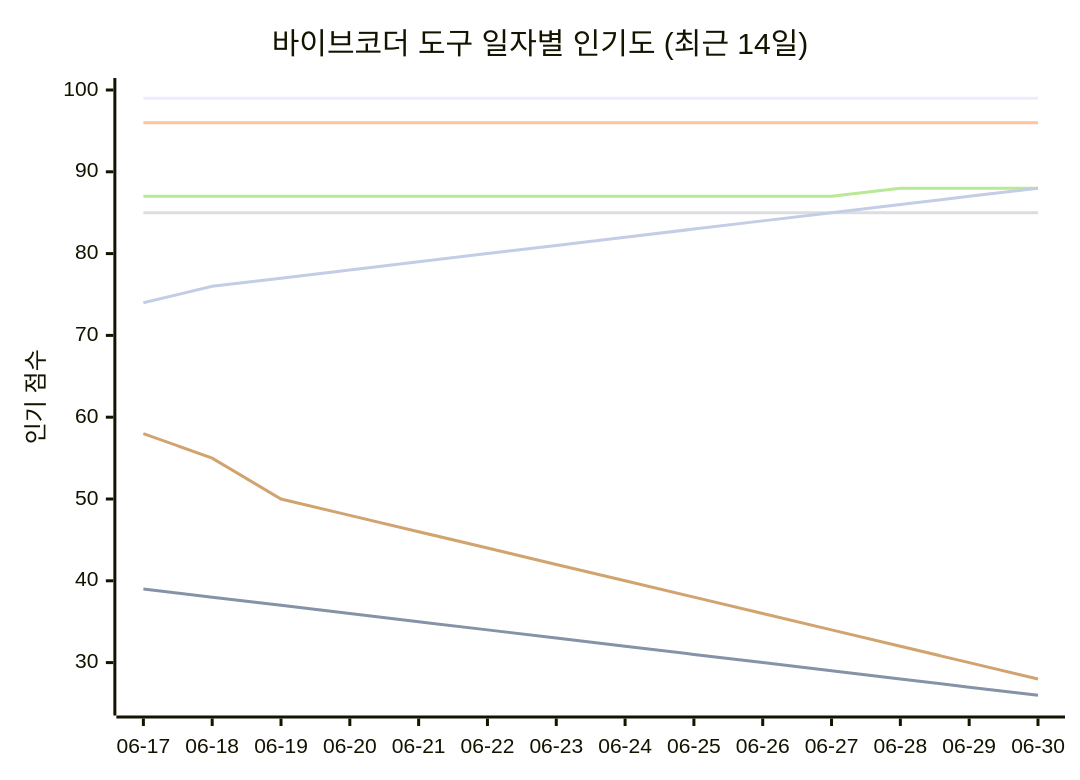
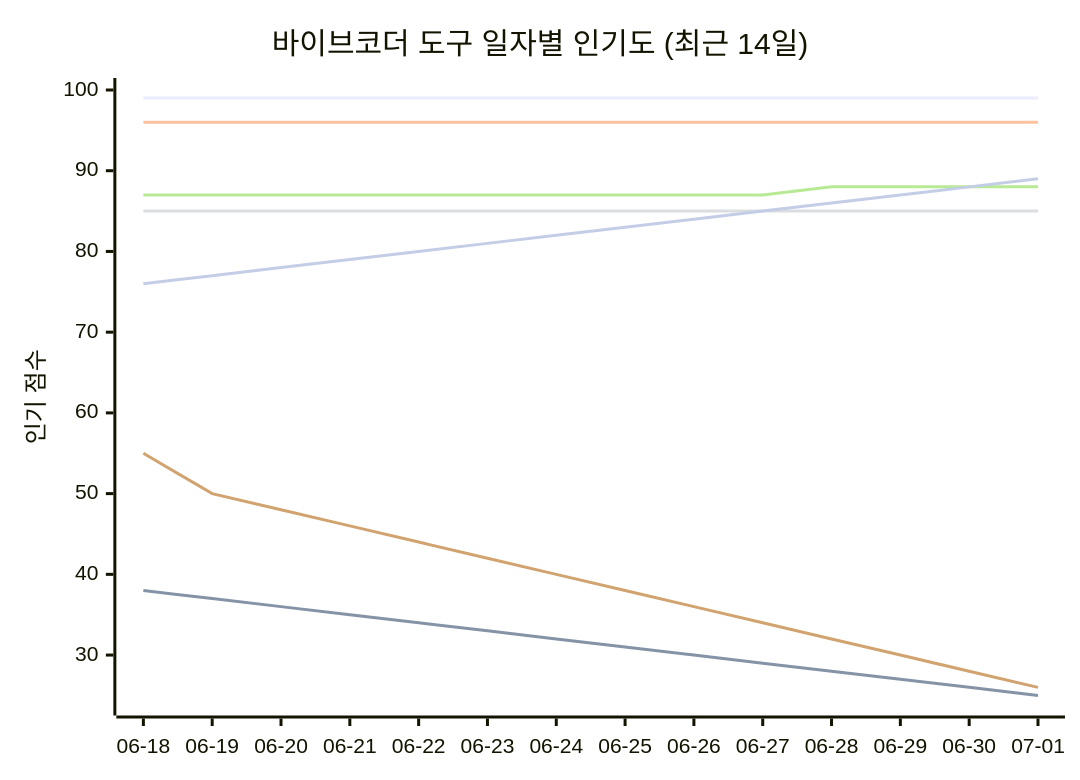
One commit to tykimos/ai-whatchelin changed the seventh of 11 diagrams in README_ko.md. Above: the diagram before and after it, drawn with Mermaid. The commit also changed other lines of this file and 4 other files, not shown here.

````diff
--- a/README_ko.md
+++ b/README_ko.md
@@ -1739,13 +1744,13 @@
 ```mermaid
 xychart-beta
     title "바이브코더 도구 일자별 인기도 (최근 14일)"
-    x-axis ["06-17", "06-18", "06-19", "06-20", "06-21", "06-22", "06-23", "06-24", "06-25", "06-26", "06-27", "06-28", "06-29", "06-30"]
-    y-axis "인기 점수" 25 --> 100
+    x-axis ["06-18", "06-19", "06-20", "06-21", "06-22", "06-23", "06-24", "06-25", "06-26", "06-27", "06-28", "06-29", "06-30", "07-01"]
+    y-axis "인기 점수" 24 --> 100
     line "Claude Code" [99, 99, 99, 99, 99, 99, 99, 99, 99, 99, 99, 99, 99, 99]
-    line "GH Copilot" [39, 38, 37, 36, 35, 34, 33, 32, 31, 30, 29, 28, 27, 26]
+    line "GH Copilot" [38, 37, 36, 35, 34, 33, 32, 31, 30, 29, 28, 27, 26, 25]
     line "Cursor" [96, 96, 96, 96, 96, 96, 96, 96, 96, 96, 96, 96, 96, 96]
     line "Windsurf" [85, 85, 85, 85, 85, 85, 85, 85, 85, 85, 85, 85, 85, 85]
-    line "Codex CLI" [87, 87, 87, 87, 87, 87, 87, 87, 87, 87, 87, 88, 88, 88]
-    line "Gemini CLI" [58, 55, 50, 48, 46, 44, 42, 40, 38, 36, 34, 32, 30, 28]
-    line "Antigravity" [74, 76, 77, 78, 79, 80, 81, 82, 83, 84, 85, 86, 87, 88]
+    line "Codex CLI" [87, 87, 87, 87, 87, 87, 87, 87, 87, 87, 88, 88, 88, 88]
+    line "Gemini CLI" [55, 50, 48, 46, 44, 42, 40, 38, 36, 34, 32, 30, 28, 26]
+    line "Antigravity" [76, 77, 78, 79, 80, 81, 82, 83, 84, 85, 86, 87, 88, 89]
 ```
````
